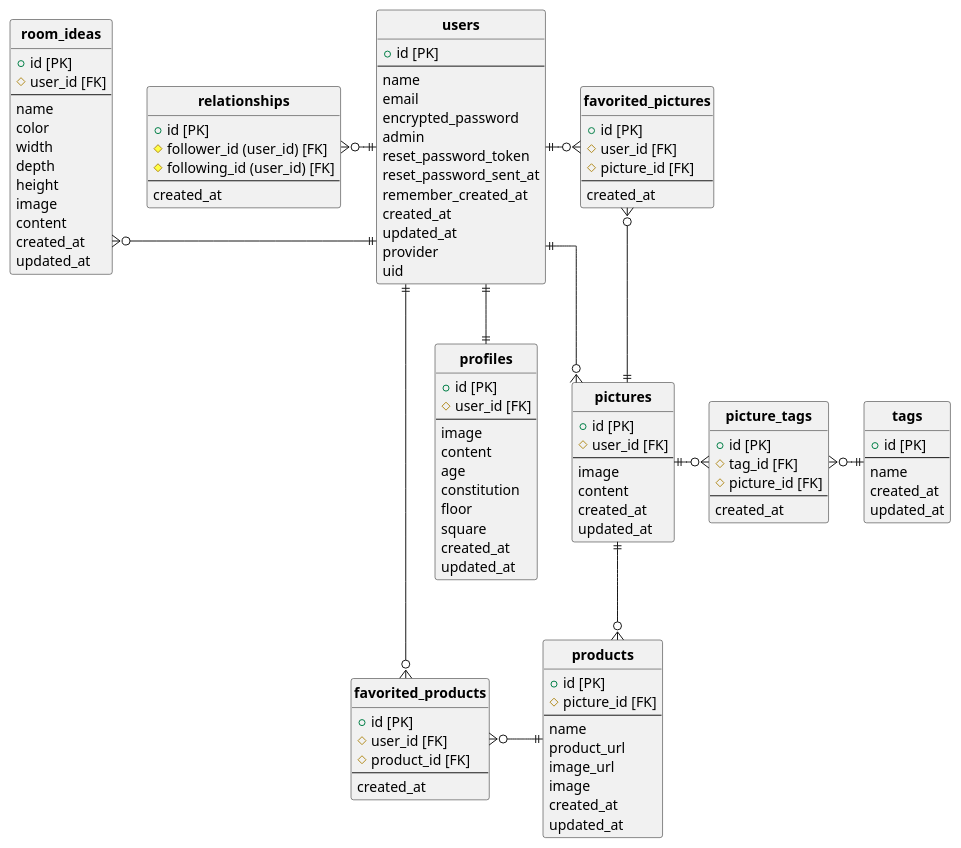
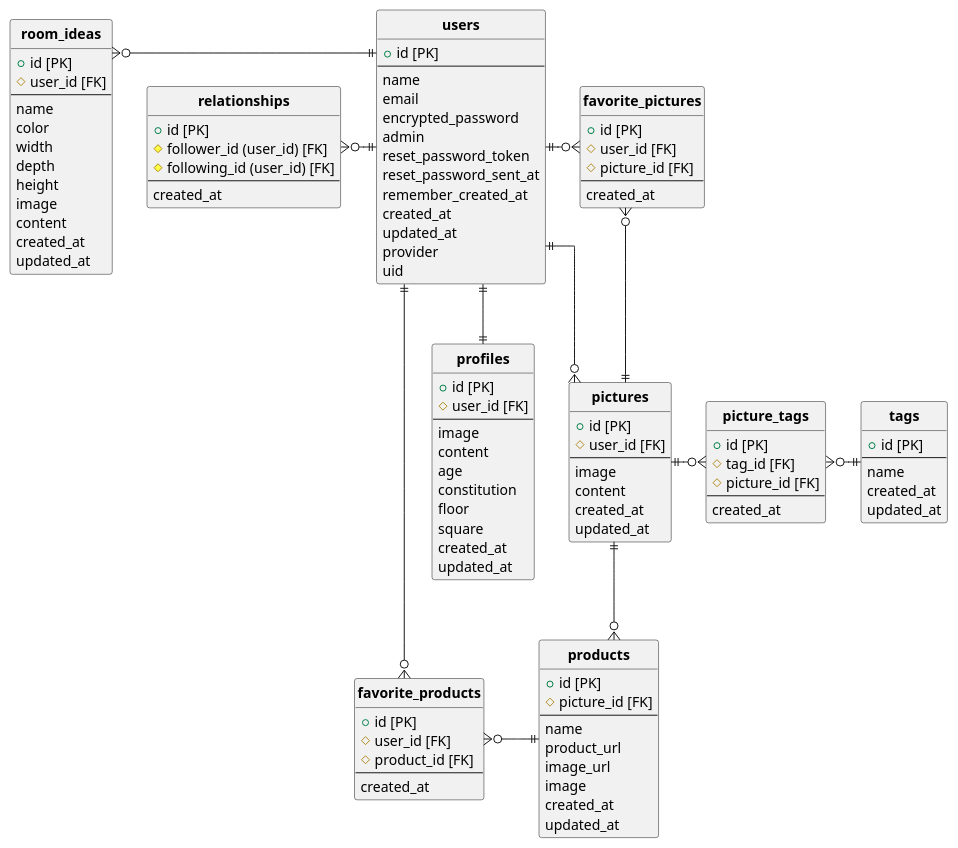
One commit to fynmrtsk1225/kadai_13 changed the diagram in ERmyru.pu. Above: the diagram before and after it, drawn with PlantUML. The commit also changed 12 other files, not shown here.

```diff
--- a/ERmyru.pu
+++ b/ERmyru.pu
@@ -6,127 +6,127 @@
 @startuml yonde
 ' hide the spot
 hide circle
 
 ' avoid problems with angled crows feet
 skinparam linetype ortho
 
 entity "**users**" as users {
   + id [PK]
   --
   name
   email
   encrypted_password
   admin
   reset_password_token
   reset_password_sent_at
   remember_created_at
   created_at
   updated_at
   provider
   uid
 }
 
 entity "**profiles**" as profiles {
   + id [PK]
   # user_id [FK]
   --
   image
   content
   age
   constitution
   floor
   square
   created_at
   updated_at
 }
 
 entity "**room_ideas**" as room_ideas {
   + id [PK]
   # user_id [FK]
   --
   name
   color
   width
   depth
   height
   image
   content
   created_at
   updated_at
 }
 
 entity "**relationships**" as relationships {
   + id [PK]
   # follower_id (user_id) [FK]
   # following_id (user_id) [FK]
   --
   created_at
 }
 
 entity "**pictures**" as pictures	 {
   + id [PK]
   # user_id [FK]
   --
   image
   content
   created_at
   updated_at
 }
 
-entity "**favorited_pictures**" as favorited_pictures {
+entity "**favorite_pictures**" as favorited_pictures {
   + id [PK]
   # user_id [FK]
   # picture_id [FK]
   --
   created_at
 }
 
 entity "**products**" as products {
   + id [PK]
   # picture_id [FK]
   --
   name
   product_url
   image_url
   image
   created_at
   updated_at
 }
 
-entity "**favorited_products**" as favorited_products {
+entity "**favorite_products**" as favorited_products {
   + id [PK]
   # user_id [FK]
   # product_id [FK]
   --
   created_at
 }
 
 entity "**tags**" as tags {
   + id [PK]
   --
   name
   created_at
   updated_at
 }
 
 entity "**picture_tags**" as picture_tags {
   + id [PK]
   # tag_id [FK]
   # picture_id [FK]
   --
   created_at
 }
 
 users ||-l-o{ relationships
 users ||-l-o{ room_ideas
 users ||-r-o{ favorited_pictures
 pictures ||-u-o{ favorited_pictures
 pictures ||--o{ products
 tags ||-l-o{ picture_tags
 products ||-l-o{ favorited_products
 users ||-d-o{ favorited_products
 users ||--o{ pictures
 pictures ||-r-o{ picture_tags
 users ||--|| profiles
 
 @enduml
```
